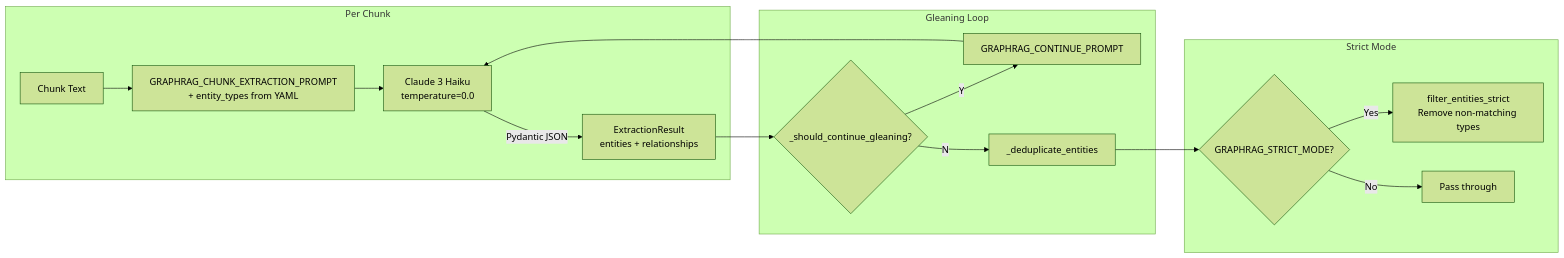
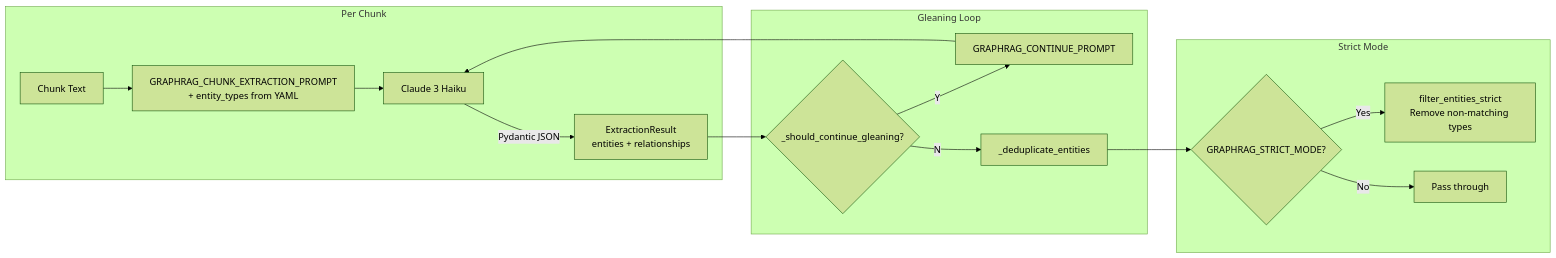
Before and after one commit to crlsrmrlsz/raglab: the third of 8 diagrams in memory-bank/graphrag/graphrag_raglab_implementation.md, drawn with Mermaid (forest theme). The commit also changed other lines of this file, not shown here.

First line of the commit message:
fix(docs): resolve mermaid parsing errors in GraphRAG doc

````diff
--- a/memory-bank/graphrag/graphrag_raglab_implementation.md
+++ b/memory-bank/graphrag/graphrag_raglab_implementation.md
@@ -180,21 +180,21 @@
 ```mermaid
 flowchart LR
     subgraph Chunk["Per Chunk"]
         TEXT[Chunk Text] --> PROMPT[GRAPHRAG_CHUNK_EXTRACTION_PROMPT<br/>+ entity_types from YAML]
-        PROMPT --> LLM[Claude 3 Haiku<br/>temperature=0.0]
+        PROMPT --> LLM["Claude 3 Haiku"]
         LLM --> |Pydantic JSON| RESULT[ExtractionResult<br/>entities + relationships]
     end
 
     subgraph Gleaning["Gleaning Loop"]
         RESULT --> CHECK{_should_continue_gleaning?}
         CHECK --> |Y| CONTINUE[GRAPHRAG_CONTINUE_PROMPT]
         CONTINUE --> LLM
         CHECK --> |N| DEDUP[_deduplicate_entities]
     end
 
     subgraph Filter["Strict Mode"]
         DEDUP --> STRICT{GRAPHRAG_STRICT_MODE?}
         STRICT --> |Yes| FILTER[filter_entities_strict<br/>Remove non-matching types]
         STRICT --> |No| PASS[Pass through]
     end
 ```
````
